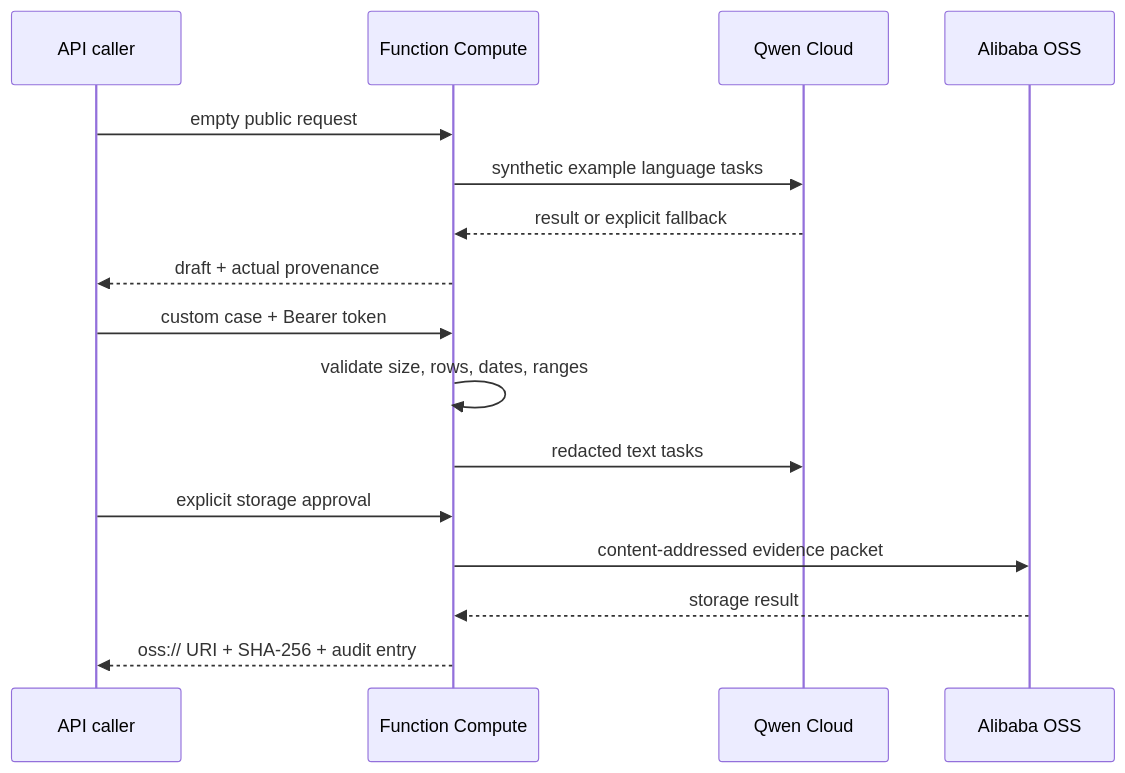
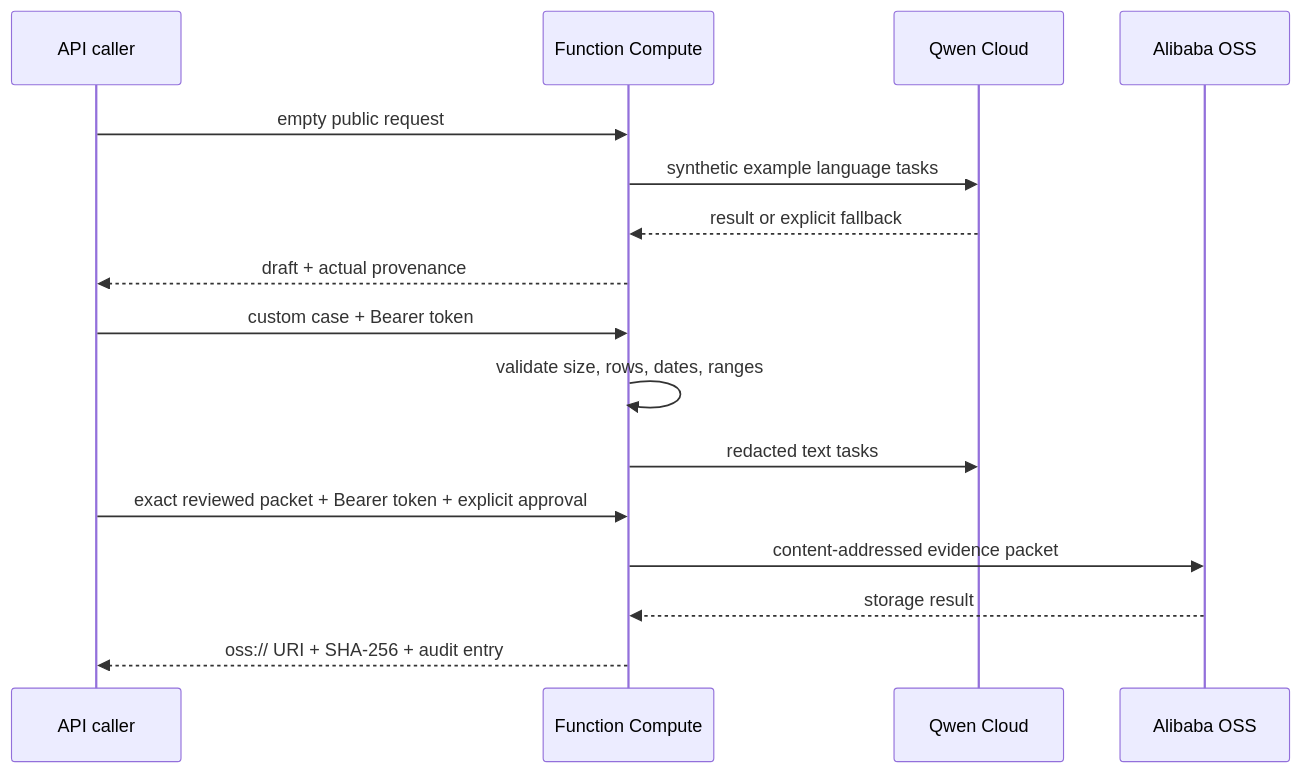
The second of 2 diagrams in docs/architecture.md (ankitlade12/due-process-iep-agent), drawn with Mermaid before and after one commit. The commit also changed other lines of this file and 14 other files, not shown here.

````diff
--- a/docs/architecture.md
+++ b/docs/architecture.md
@@ -35,18 +37,18 @@
 ```mermaid
 sequenceDiagram
     participant C as API caller
     participant F as Function Compute
     participant Q as Qwen Cloud
     participant O as Alibaba OSS
     C->>F: empty public request
     F->>Q: synthetic example language tasks
     Q-->>F: result or explicit fallback
     F-->>C: draft + actual provenance
     C->>F: custom case + Bearer token
     F->>F: validate size, rows, dates, ranges
     F->>Q: redacted text tasks
-    C->>F: explicit storage approval
+    C->>F: exact reviewed packet + Bearer token + explicit approval
     F->>O: content-addressed evidence packet
     O-->>F: storage result
     F-->>C: oss:// URI + SHA-256 + audit entry
 ```
````
